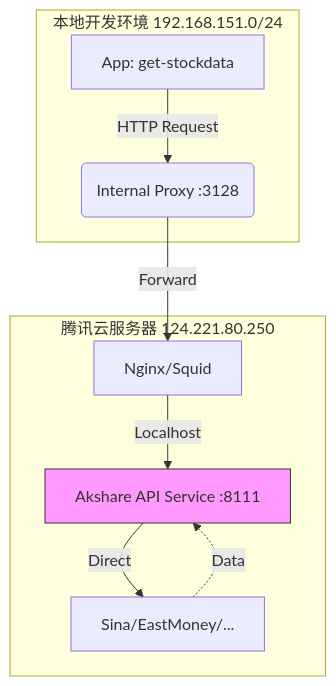
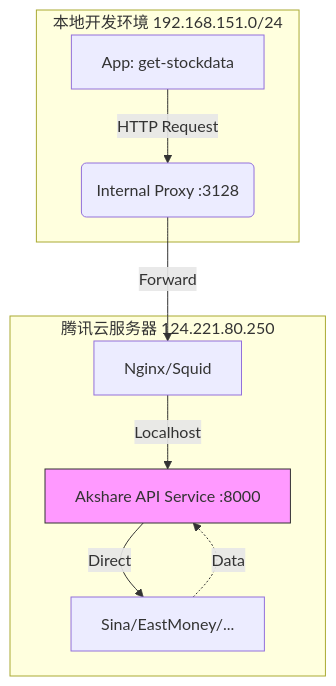
The diagram in services/get-stockdata/docs/design/proxy-set/00_Overview.md (bxgh/microservice-stock-ck), drawn with Mermaid before and after one commit. The commit also changed other lines of this file and 4 other files, not shown here.

````diff
--- a/services/get-stockdata/docs/design/proxy-set/00_Overview.md
+++ b/services/get-stockdata/docs/design/proxy-set/00_Overview.md
@@ -9,16 +9,16 @@
 ```mermaid
 graph TD
     subgraph Local [本地开发环境 192.168.151.0/24]
         A[App: get-stockdata] -->|HTTP Request| B(Internal Proxy :3128)
     end
 
     subgraph TencentCloud [腾讯云服务器 124.221.80.250]
         B -->|Forward| C[Nginx/Squid]
-        C -->|Localhost| D[Akshare API Service :8111]
+        C -->|Localhost| D[Akshare API Service :8000]
         D -->|Direct| E[Public Data Sources]
         E[Sina/EastMoney/...] -.->|Data| D
     end
 
     classDef service fill:#f9f,stroke:#333;
     class D service;
 ```
````
